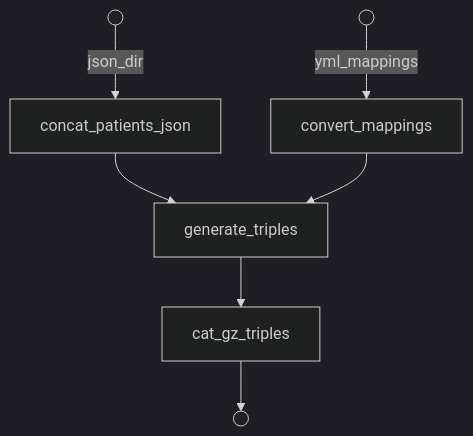
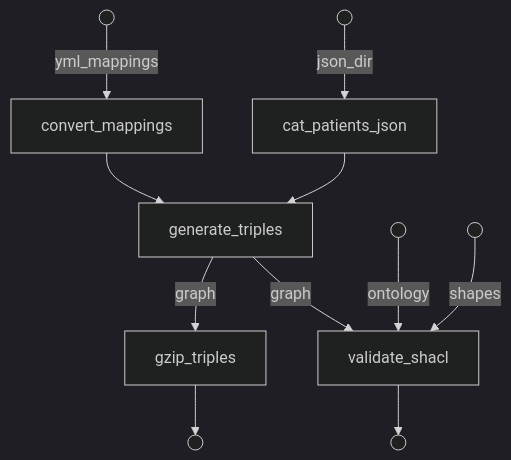
The second of 2 diagrams in README.md (sdsc-ordes/demo-biomedit-workflow), drawn with Mermaid (dark theme) before and after one commit. The commit also changed other lines of this file and 1 other file, not shown here.

Commit message:
docs: update readme with shacl step

````diff
--- a/README.md
+++ b/README.md
@@ -84,16 +84,24 @@
 ```mermaid
 flowchart TD
     p0(( ))
-    p1[concat_patients_json]
+    p1[cat_patients_json]
     p2(( ))
     p3[convert_mappings]
     p4[generate_triples]
-    p5[cat_gz_triples]
+    p5(( ))
     p6(( ))
+    p7[validate_shacl]
+    p8(( ))
+    p9[gzip_triples]
+    p10(( ))
     p0 -->|json_dir| p1
     p1 --> p4
     p2 -->|yml_mappings| p3
     p3 --> p4
-    p4 --> p5
-    p5 --> p6
+    p4 -->|graph| p7
+    p5 -->|ontology| p7
+    p6 -->|shapes| p7
+    p7 --> p8
+    p4 -->|graph| p9
+    p9 --> p10
 ```
````
